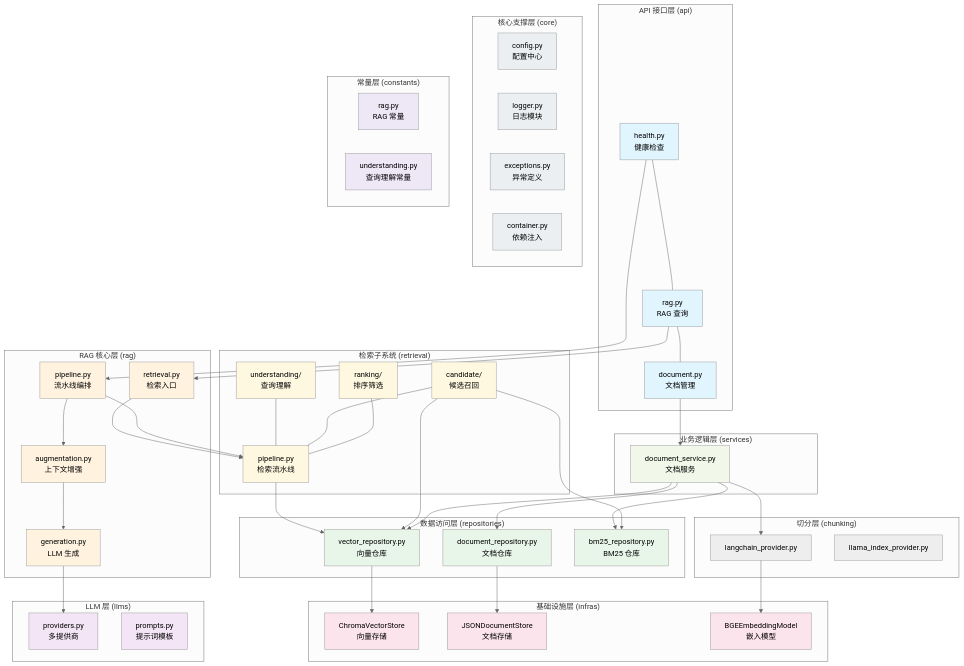
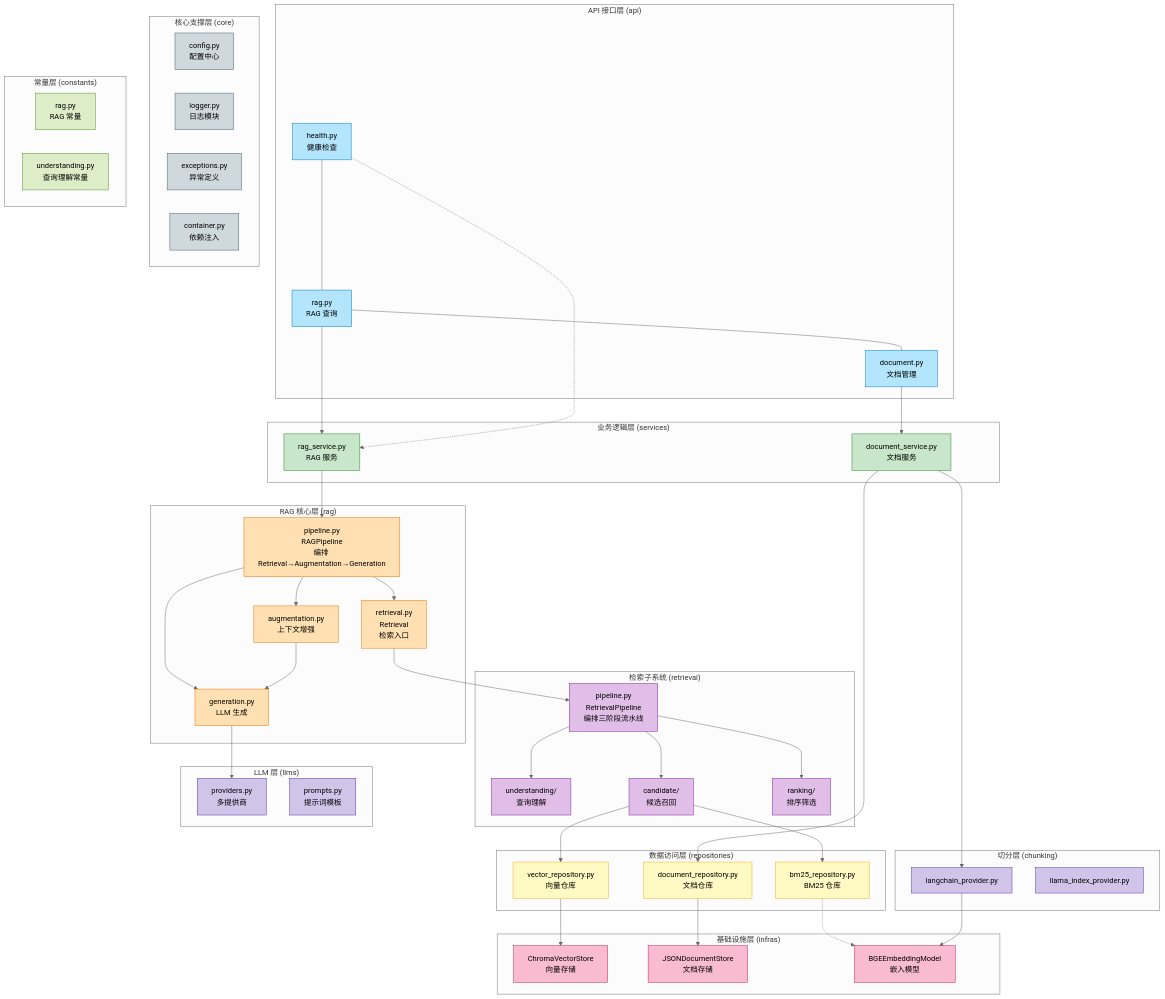
One commit to chain-engine/x-rag changed the second of 4 diagrams in README.md. Above: the diagram before and after it, drawn with Mermaid (neutral theme). The commit also changed other lines of this file and 1 other file, not shown here.

````diff
--- a/README.md
+++ b/README.md
@@ -178,25 +184,23 @@
         A1 --- A2 --- A3
     end
 
+    subgraph "业务逻辑层 (services)"
+        SVC1["rag_service.py<br/>RAG 服务"]
+        SVC2["document_service.py<br/>文档服务"]
+    end
+
     subgraph "RAG 核心层 (rag)"
-        RAG1["pipeline.py<br/>流水线编排"]
-        RAG2["retrieval.py<br/>检索入口"]
+        RAG1["pipeline.py<br/>RAGPipeline<br/>编排 Retrieval→Augmentation→Generation"]
+        RAG2["retrieval.py<br/>Retrieval<br/>检索入口"]
         RAG3["augmentation.py<br/>上下文增强"]
         RAG4["generation.py<br/>LLM 生成"]
     end
 
     subgraph "检索子系统 (retrieval)"
-        RET1["pipeline.py<br/>检索流水线"]
+        RET1["pipeline.py<br/>RetrievalPipeline<br/>编排三阶段流水线"]
         RET2["understanding/<br/>查询理解"]
         RET3["candidate/<br/>候选召回"]
         RET4["ranking/<br/>排序筛选"]
-        RET2 --- RET1
-        RET3 --- RET1
-        RET4 --- RET1
-    end
-
-    subgraph "业务逻辑层 (services)"
-        SVC1["document_service.py<br/>文档服务"]
     end
 
     subgraph "数据访问层 (repositories)"
@@ -233,52 +237,61 @@
         CON2["understanding.py<br/>查询理解常量"]
     end
 
-    A1 --> RAG1
-    A2 --> RAG2
-    A3 --> SVC1
+    A2 --> SVC1
+    A3 --> SVC2
+    A1 -.-> SVC1
+
+    SVC1 --> RAG1
+    SVC2 --> REP2
+    SVC2 --> CHK1
+
+    RAG1 --> RAG2
+    RAG1 --> RAG3
+    RAG1 --> RAG4
 
     RAG2 --> RET1
-    RAG1 --> RET1
-    RAG1 --> RAG3
     RAG3 --> RAG4
     RAG4 --> LLM1
 
-    RET1 --> REP1
+    RET1 --> RET2
+    RET1 --> RET3
+    RET1 --> RET4
+
     RET3 --> REP1
-    SVC1 --> REP1
-    SVC1 --> REP2
-    SVC1 --> REP3
-    SVC1 --> CHK1
-    CHK1 --> I3
+    RET3 --> REP3
 
     REP1 --> I1
     REP2 --> I2
-    RET3 --> REP3
+    REP3 -.-> I3
+    CHK1 --> I3
 
-    style A1 fill:#e1f5fe
-    style A2 fill:#e1f5fe
-    style A3 fill:#e1f5fe
-    style RAG1 fill:#fff3e0
-    style RAG2 fill:#fff3e0
-    style RAG3 fill:#fff3e0
-    style RAG4 fill:#fff3e0
-    style RET1 fill:#fff8e1
-    style RET2 fill:#fff8e1
-    style RET3 fill:#fff8e1
-    style RET4 fill:#fff8e1
-    style SVC1 fill:#f1f8e9
-    style REP1 fill:#e8f5e9
-    style REP2 fill:#e8f5e9
-    style REP3 fill:#e8f5e9
-    style I1 fill:#fce4ec
-    style I2 fill:#fce4ec
-    style I3 fill:#fce4ec
-    style LLM1 fill:#f3e5f5
-    style LLM2 fill:#f3e5f5
-    style C1 fill:#eceff1
-    style C2 fill:#eceff1
-    style C3 fill:#eceff1
-    style C4 fill:#eceff1
-    style CON1 fill:#ede7f6
-    style CON2 fill:#ede7f6
+    style A1 fill:#b3e5fc,stroke:#0277bd
+    style A2 fill:#b3e5fc,stroke:#0277bd
+    style A3 fill:#b3e5fc,stroke:#0277bd
+    style SVC1 fill:#c8e6c9,stroke:#2e7d32
+    style SVC2 fill:#c8e6c9,stroke:#2e7d32
+    style RAG1 fill:#ffe0b2,stroke:#ef6c00
+    style RAG2 fill:#ffe0b2,stroke:#ef6c00
+    style RAG3 fill:#ffe0b2,stroke:#ef6c00
+    style RAG4 fill:#ffe0b2,stroke:#ef6c00
+    style RET1 fill:#e1bee7,stroke:#7b1fa2
+    style RET2 fill:#e1bee7,stroke:#7b1fa2
+    style RET3 fill:#e1bee7,stroke:#7b1fa2
+    style RET4 fill:#e1bee7,stroke:#7b1fa2
+    style REP1 fill:#fff9c4,stroke:#f9a825
+    style REP2 fill:#fff9c4,stroke:#f9a825
+    style REP3 fill:#fff9c4,stroke:#f9a825
+    style I1 fill:#f8bbd0,stroke:#c2185b
+    style I2 fill:#f8bbd0,stroke:#c2185b
+    style I3 fill:#f8bbd0,stroke:#c2185b
+    style LLM1 fill:#d1c4e9,stroke:#512da8
+    style LLM2 fill:#d1c4e9,stroke:#512da8
+    style CHK1 fill:#d1c4e9,stroke:#512da8
+    style CHK2 fill:#d1c4e9,stroke:#512da8
+    style C1 fill:#cfd8dc,stroke:#455a64
+    style C2 fill:#cfd8dc,stroke:#455a64
+    style C3 fill:#cfd8dc,stroke:#455a64
+    style C4 fill:#cfd8dc,stroke:#455a64
+    style CON1 fill:#dcedc8,stroke:#558b2f
+    style CON2 fill:#dcedc8,stroke:#558b2f
 ```
````
